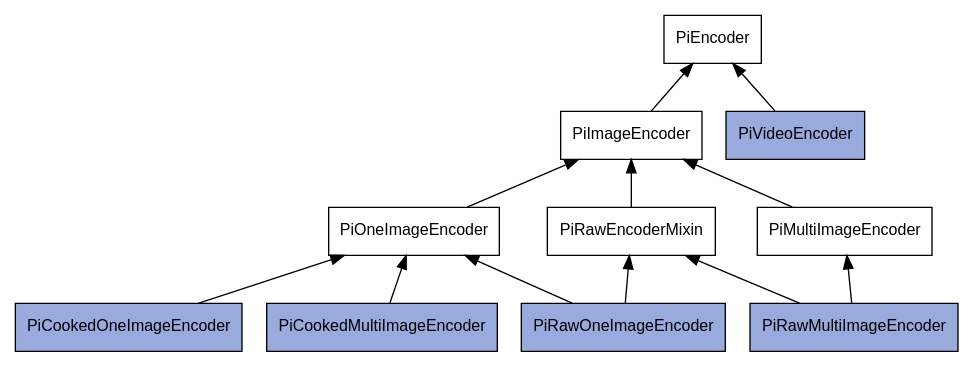
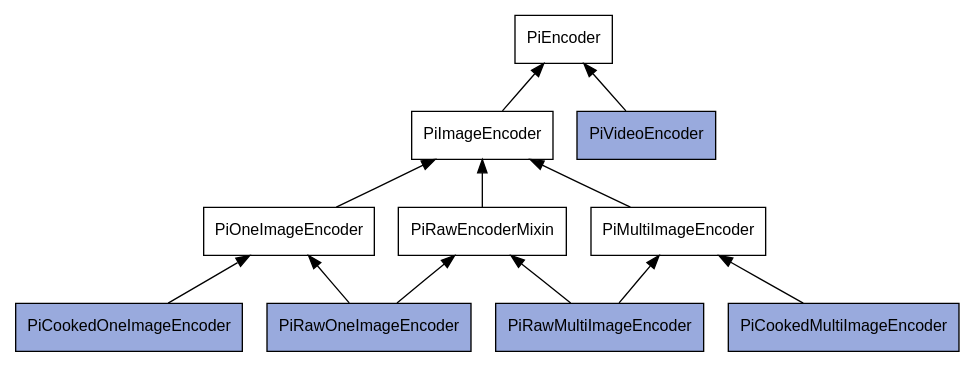
Before and after one commit to waveform80/picamera: the diagram in docs/encoder_classes.dot, drawn with Graphviz. The commit also changed 5 other files, not shown here.

```diff
--- a/docs/encoder_classes.dot
+++ b/docs/encoder_classes.dot
@@ -1,31 +1,31 @@
 digraph G {
     graph [rankdir="BT"];
 
     /* Abstract classes */
     node [shape=rect,style=filled,color="#000000",fillcolor="#ffffff",fontname=Arial,fontsize=12.0];
     PiEncoder           [target="_top", URL="../api.html#picamera.PiEncoder"];
     PiImageEncoder      [target="_top", URL="../api.html#picamera.PiImageEncoder"];
     PiOneImageEncoder   [target="_top", URL="../api.html#picamera.PiOneImageEncoder"];
     PiMultiImageEncoder [target="_top", URL="../api.html#picamera.PiMultiImageEncoder"];
     PiRawEncoderMixin   [target="_top", URL="../api.html#picamera.PiRawEncoderMixin"];
 
     /* Concrete classes */
     node [shape=rect,style=filled,color="#000000",fillcolor="#99aadd",fontname=Arial,fontsize=12.0];
     PiVideoEncoder            [target="_top", URL="../api.html#picamera.PiVideoEncoder"];
     PiRawOneImageEncoder      [target="_top", URL="../api.html#picamera.PiRawOneImageEncoder"];
     PiRawMultiImageEncoder    [target="_top", URL="../api.html#picamera.PiRawMultiImageEncoder"];
     PiCookedOneImageEncoder   [target="_top", URL="../api.html#picamera.PiCookedOneImageEncoder"];
     PiCookedMultiImageEncoder [target="_top", URL="../api.html#picamera.PiCookedMultiImageEncoder"];
 
     PiVideoEncoder->PiEncoder;
     PiImageEncoder->PiEncoder;
     PiOneImageEncoder->PiImageEncoder;
     PiMultiImageEncoder->PiImageEncoder;
     PiCookedOneImageEncoder->PiOneImageEncoder;
-    PiCookedMultiImageEncoder->PiOneImageEncoder;
+    PiCookedMultiImageEncoder->PiMultiImageEncoder;
     PiRawEncoderMixin->PiImageEncoder;
     PiRawOneImageEncoder->PiOneImageEncoder;
     PiRawOneImageEncoder->PiRawEncoderMixin;
     PiRawMultiImageEncoder->PiMultiImageEncoder;
     PiRawMultiImageEncoder->PiRawEncoderMixin;
 }
```
